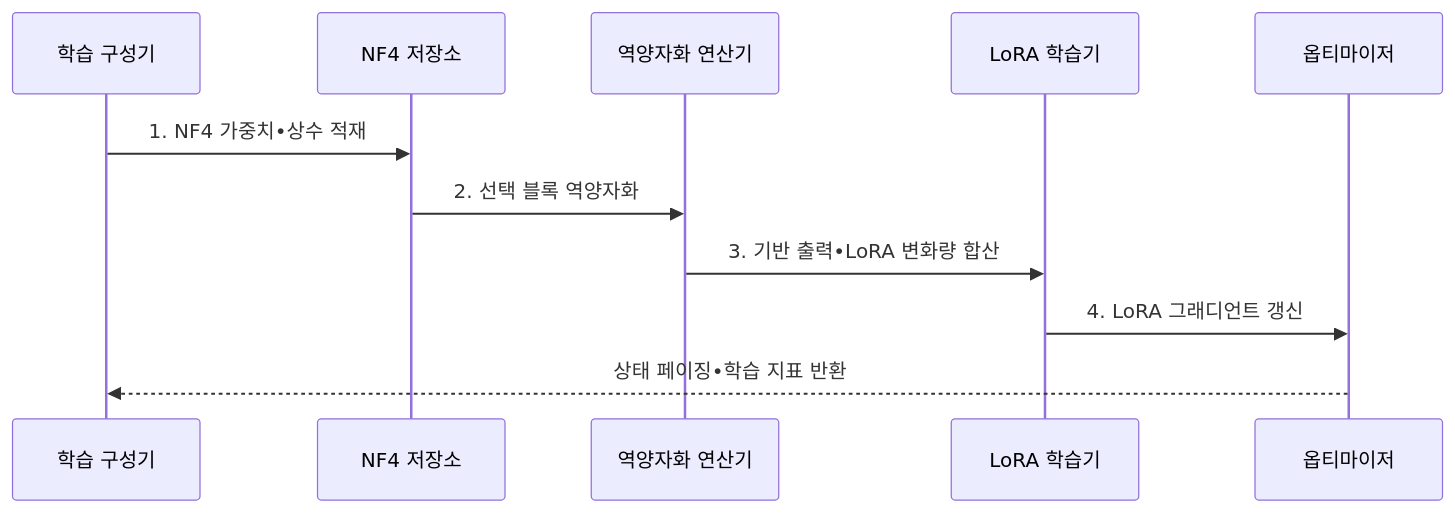
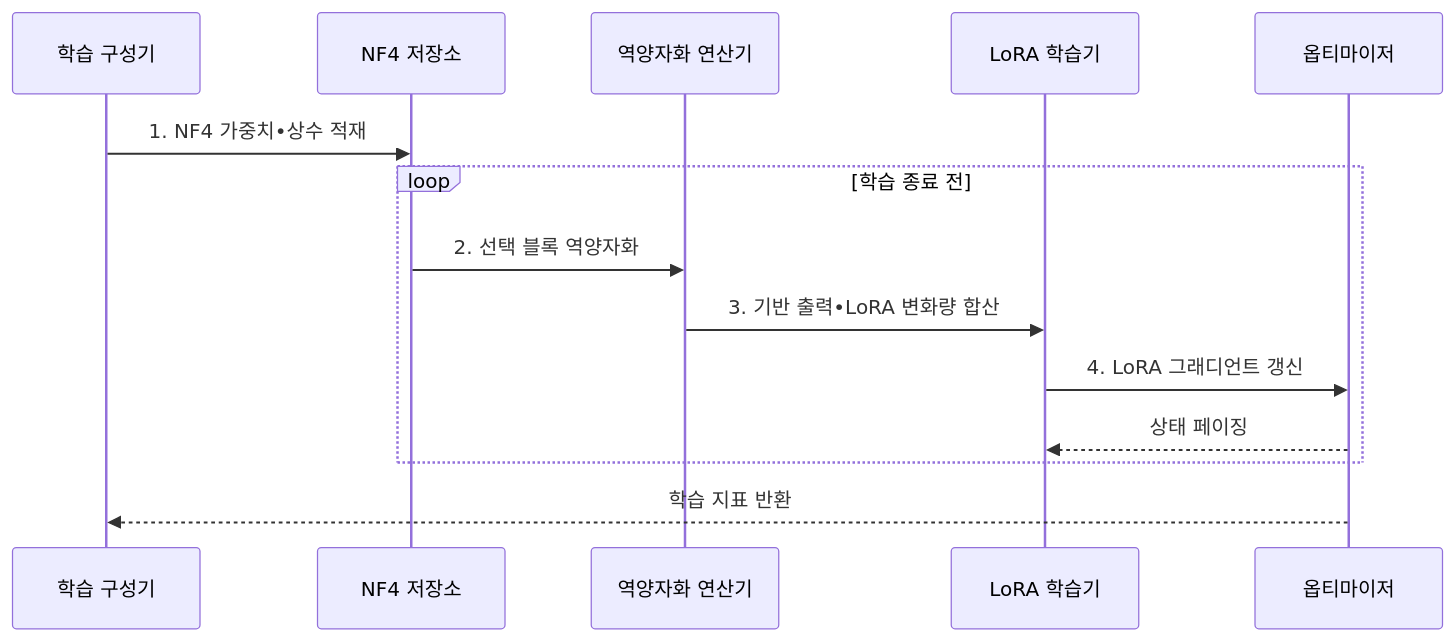
The second of 2 diagrams in src/content/docs/notes/08-latest-tech/063_quantized_lora.md (agnusdei1207/knowledge-base), drawn with Mermaid before and after one commit. The commit also changed other lines of this file and 17 other files, not shown here.

````diff
--- a/src/content/docs/notes/08-latest-tech/063_quantized_lora.md
+++ b/src/content/docs/notes/08-latest-tech/063_quantized_lora.md
@@ -108,13 +108,16 @@
 ```mermaid
 sequenceDiagram
     participant C as 학습 구성기
     participant Q as NF4 저장소
     participant D as 역양자화 연산기
     participant L as LoRA 학습기
     participant O as 옵티마이저
     C->>Q: 1. NF4 가중치•상수 적재
-    Q->>D: 2. 선택 블록 역양자화
-    D->>L: 3. 기반 출력•LoRA 변화량 합산
-    L->>O: 4. LoRA 그래디언트 갱신
-    O-->>C: 상태 페이징•학습 지표 반환
+    loop 학습 종료 전
+        Q->>D: 2. 선택 블록 역양자화
+        D->>L: 3. 기반 출력•LoRA 변화량 합산
+        L->>O: 4. LoRA 그래디언트 갱신
+        O-->>L: 상태 페이징
+    end
+    O-->>C: 학습 지표 반환
 ```
````
